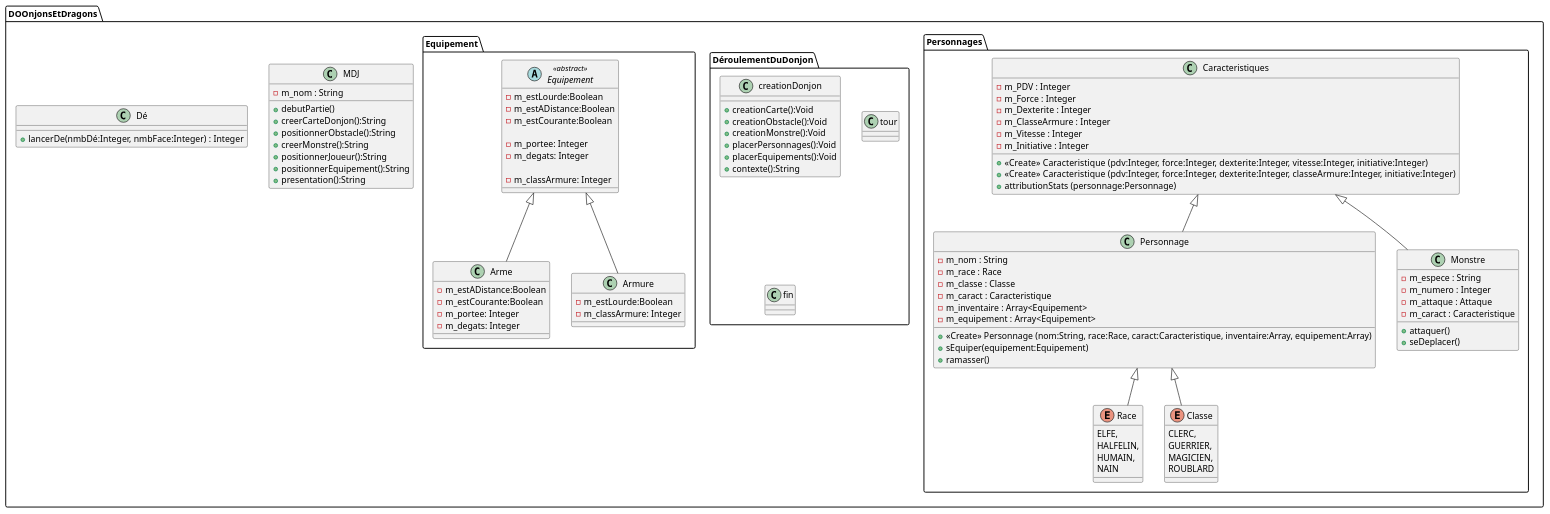
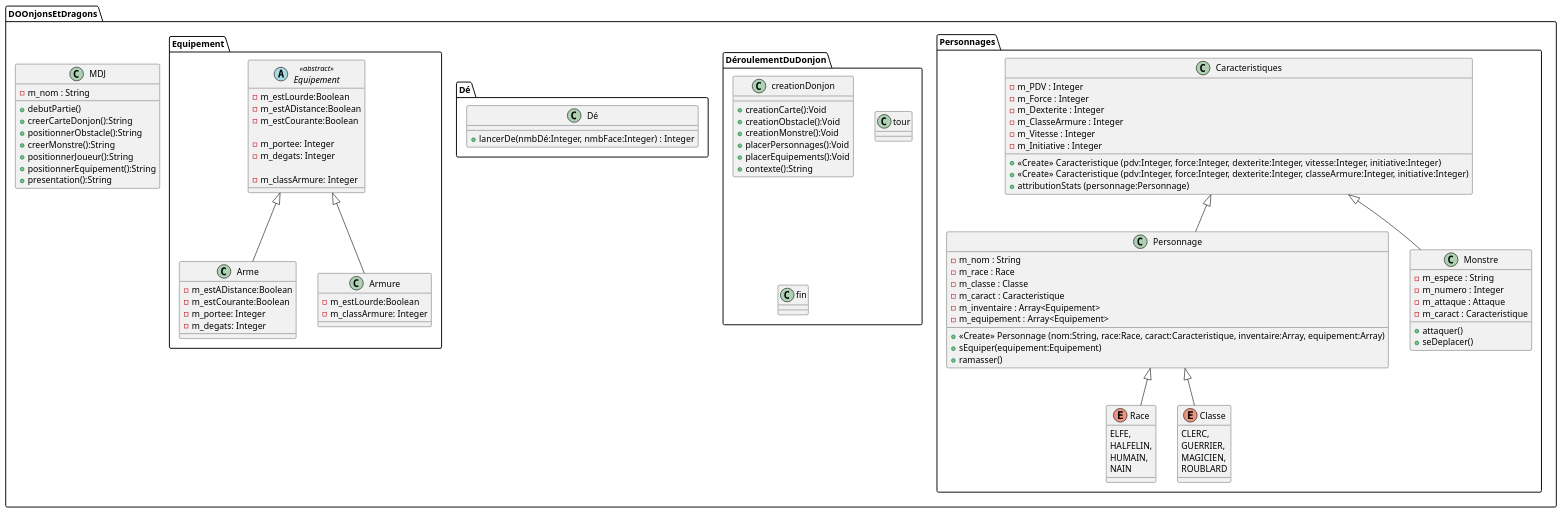
Before and after one commit to Erm5s/jeu-donjon-et-dragons: the diagram in uml/semaine1.puml, drawn with PlantUML. The commit also changed 3 other files, not shown here.

```diff
--- a/uml/semaine1.puml
+++ b/uml/semaine1.puml
@@ -1,133 +1,134 @@
 @startuml
 scale 1
 package DOOnjonsEtDragons
 {
     package Personnages
     {
         class Personnage
         {
             - m_nom : String
             - m_race : Race
             - m_classe : Classe
             - m_caract : Caracteristique
             - m_inventaire : Array<Equipement>
             - m_equipement : Array<Equipement>
             + <<Create>> Personnage (nom:String, race:Race, caract:Caracteristique, inventaire:Array, equipement:Array)
             + sEquiper(equipement:Equipement)
             + ramasser()
         }
 
         class Monstre
         {
             - m_espece : String
             - m_numero : Integer
             - m_attaque : Attaque
             - m_caract : Caracteristique
             + attaquer()
             + seDeplacer()
         }
 
         enum Race
         {
             ELFE,
             HALFELIN,
             HUMAIN,
             NAIN
         }
 
         enum Classe
         {
             CLERC,
             GUERRIER,
             MAGICIEN,
             ROUBLARD
         }
 
         class Caracteristiques
         {
             - m_PDV : Integer
             - m_Force : Integer
             - m_Dexterite : Integer
             - m_ClasseArmure : Integer
             - m_Vitesse : Integer
             - m_Initiative : Integer
             + <<Create>> Caracteristique (pdv:Integer, force:Integer, dexterite:Integer, vitesse:Integer, initiative:Integer)
             + <<Create>> Caracteristique (pdv:Integer, force:Integer, dexterite:Integer, classeArmure:Integer, initiative:Integer)
             + attributionStats (personnage:Personnage)
         }
     }
 
     package DéroulementDuDonjon
     {
         class creationDonjon
         {
             + creationCarte():Void
             + creationObstacle():Void
             + creationMonstre():Void
             + placerPersonnages():Void
             + placerEquipements():Void
             + contexte():String
         }
         class tour
         {
 
         }
         class fin
         {
 
         }
     }
 
     class MDJ
     {
         - m_nom : String
         + debutPartie()
         + creerCarteDonjon():String
         + positionnerObstacle():String
         + creerMonstre():String
         + positionnerJoueur():String
         + positionnerEquipement():String
         + presentation():String
     }
-
+package Dé
+{
     class Dé
     {
         + lancerDe(nmbDé:Integer, nmbFace:Integer) : Integer
     }
-
+}
 
     package Equipement
     {
         abstract class Equipement <<abstract>>
         {
             - m_estLourde:Boolean
             - m_estADistance:Boolean
             - m_estCourante:Boolean
 
             - m_portee: Integer
             - m_degats: Integer
 
             - m_classArmure: Integer
         }
 
         class Arme extends Equipement
         {
             - m_estADistance:Boolean
             - m_estCourante:Boolean
             - m_portee: Integer
             - m_degats: Integer
 
         }
 
         class Armure extends Equipement
         {
             - m_estLourde:Boolean
             - m_classArmure: Integer
         }
     }
 Caracteristiques <|-- Personnage
 Caracteristiques <|-- Monstre
 Personnage <|-- Classe
 Personnage <|-- Race
 }
 @enduml
```
